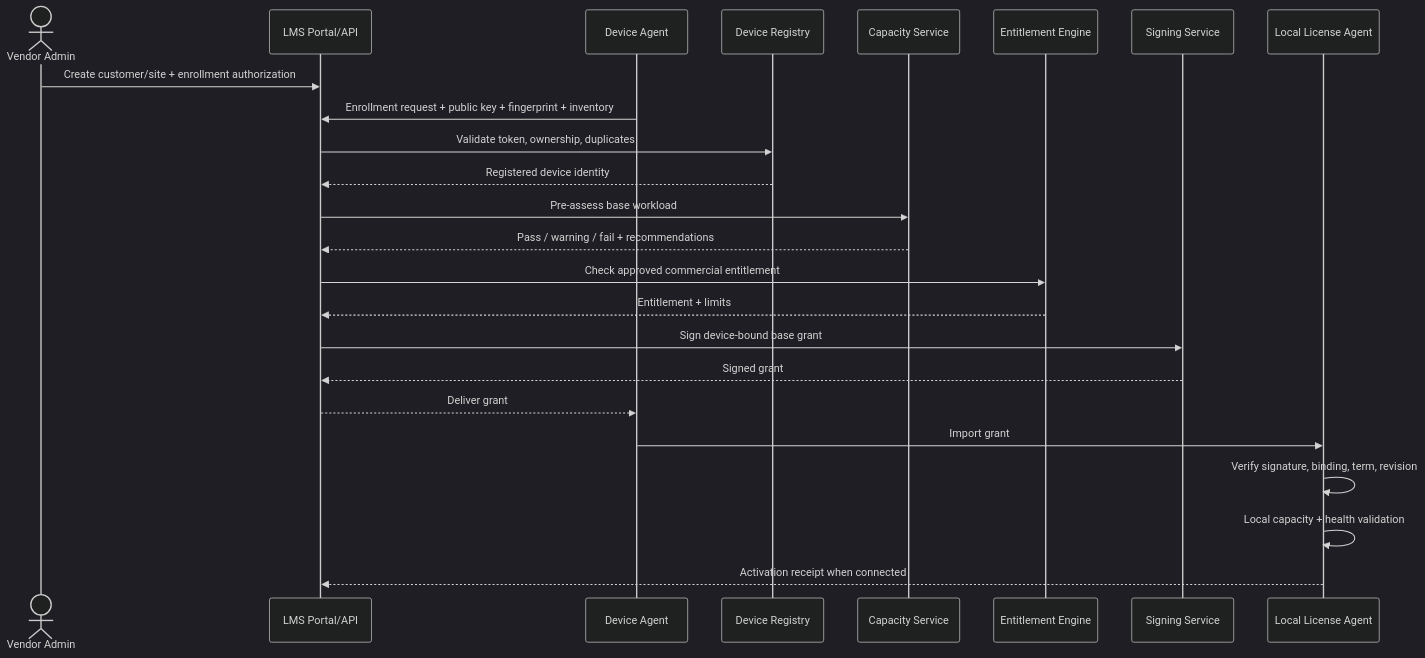
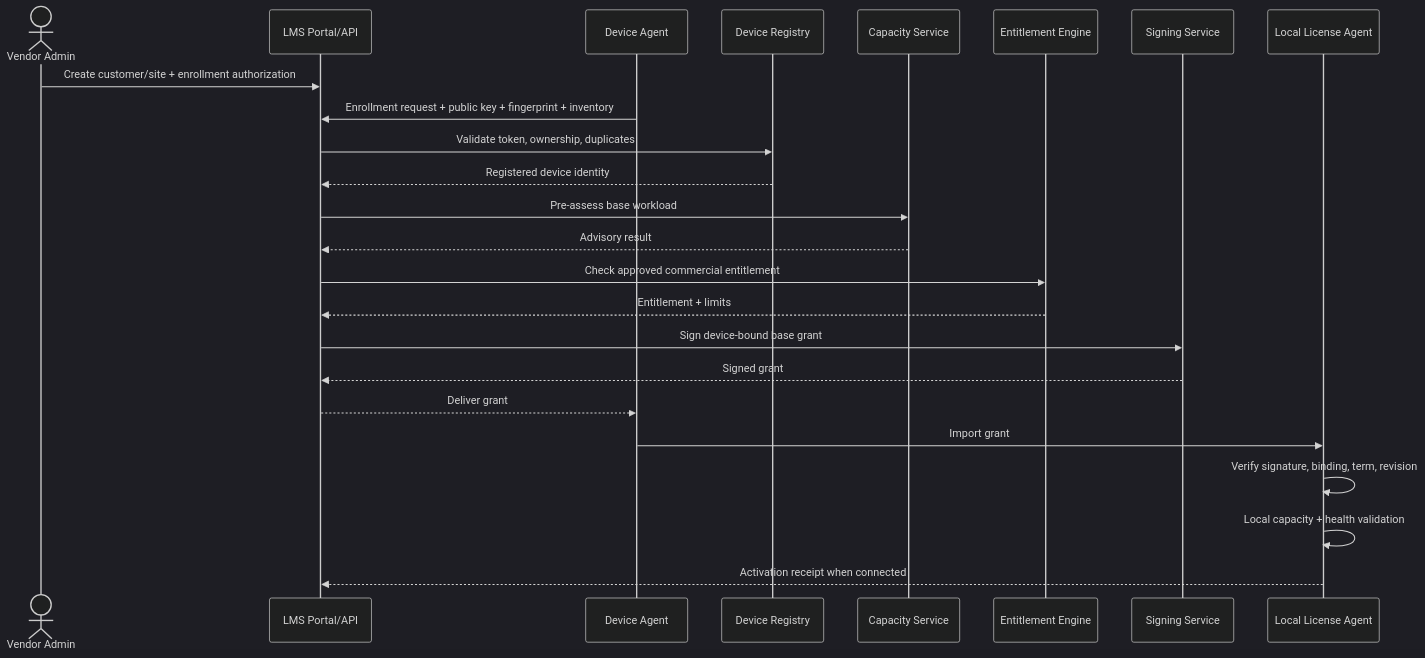
The first of 14 diagrams in docs/architecture/sequence-diagrams.md (Niranjan1005/lms), drawn with Mermaid (dark theme) before and after one commit. The commit also changed other lines of this file, not shown here.

Commit message:
docs: add complete required lifecycle sequences

```diff
--- a/docs/architecture/sequence-diagrams.md
+++ b/docs/architecture/sequence-diagrams.md
@@ -7,26 +7,26 @@
 ~~~mermaid
 sequenceDiagram
     actor A as Vendor Admin
     participant P as LMS Portal/API
     participant D as Device Agent
     participant R as Device Registry
     participant C as Capacity Service
     participant E as Entitlement Engine
     participant S as Signing Service
     participant L as Local License Agent
     A->>P: Create customer/site + enrollment authorization
     D->>P: Enrollment request + public key + fingerprint + inventory
     P->>R: Validate token, ownership, duplicates
     R-->>P: Registered device identity
     P->>C: Pre-assess base workload
-    C-->>P: Pass / warning / fail + recommendations
+    C-->>P: Advisory result
     P->>E: Check approved commercial entitlement
     E-->>P: Entitlement + limits
     P->>S: Sign device-bound base grant
     S-->>P: Signed grant
     P-->>D: Deliver grant
     D->>L: Import grant
     L->>L: Verify signature, binding, term, revision
     L->>L: Local capacity + health validation
     L-->>P: Activation receipt when connected
 ~~~
```
